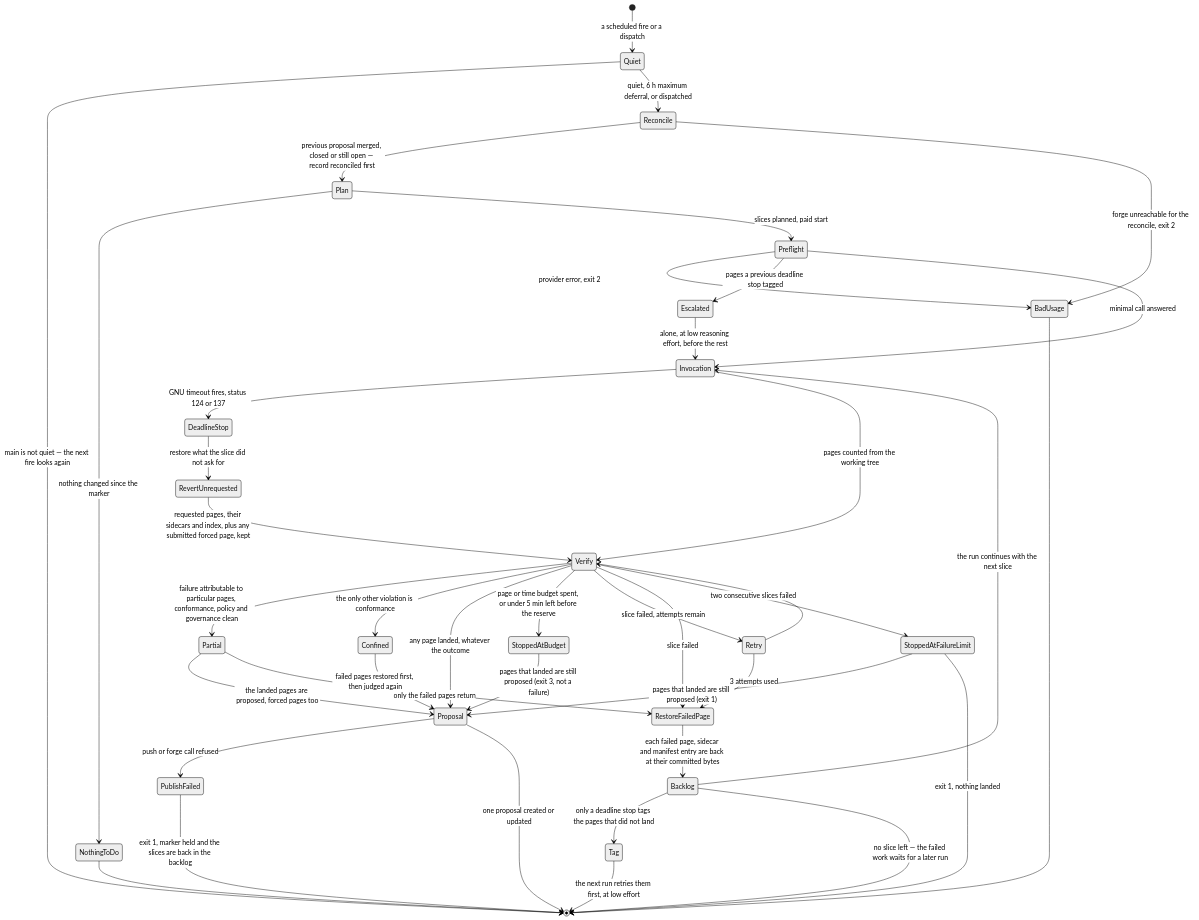
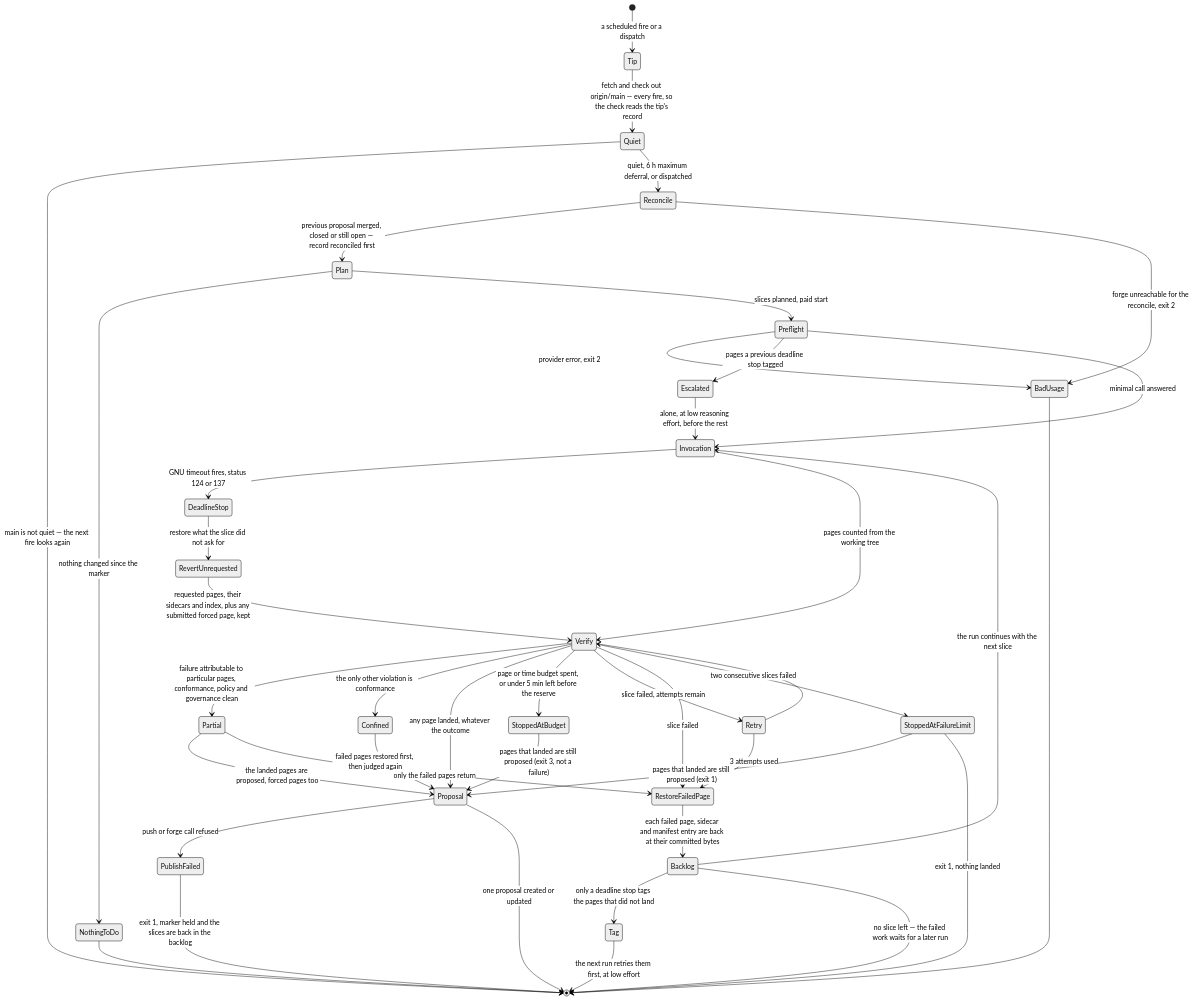
One commit to jumbleknot/MovieCollectionManager changed the first of 3 diagrams in openwiki/runbooks/wiki-maintenance.md. Above: the diagram before and after it, drawn with Mermaid (neutral theme). The commit also changed other lines of this file and 11 other files, not shown here.

````diff
--- a/openwiki/runbooks/wiki-maintenance.md
+++ b/openwiki/runbooks/wiki-maintenance.md
@@ -151,43 +152,44 @@
 ```mermaid
 stateDiagram-v2
-    [*] --> Quiet: a scheduled fire or a dispatch
+    [*] --> Tip: a scheduled fire or a dispatch
+    Tip --> Quiet: fetch and check out origin/main — every fire, so the check reads the tip's record
     Quiet --> [*]: main is not quiet — the next fire looks again
     Quiet --> Reconcile: quiet, 6 h maximum deferral, or dispatched
     Reconcile --> Plan: previous proposal merged, closed or still open — record reconciled first
     Reconcile --> BadUsage: forge unreachable for the reconcile, exit 2
     Plan --> NothingToDo: nothing changed since the marker
     Plan --> Preflight: slices planned, paid start
     Preflight --> BadUsage: provider error, exit 2
     Preflight --> Escalated: pages a previous deadline stop tagged
     Escalated --> Invocation: alone, at low reasoning effort, before the rest
     Preflight --> Invocation: minimal call answered
     Invocation --> DeadlineStop: GNU timeout fires, status 124 or 137
     DeadlineStop --> RevertUnrequested: restore what the slice did not ask for
     RevertUnrequested --> Verify: requested pages, their sidecars and index, plus any submitted forced page, kept
     Invocation --> Verify: pages counted from the working tree
     Verify --> Partial: failure attributable to particular pages, conformance, policy and governance clean
     Partial --> Proposal: the landed pages are proposed, forced pages too
     Partial --> RestoreFailedPage: only the failed pages return
     Verify --> Confined: the only other violation is conformance
     Confined --> Proposal: failed pages restored first, then judged again
     Verify --> Proposal: any page landed, whatever the outcome
     Verify --> StoppedAtBudget: page or time budget spent, or under 5 min left before the reserve
     StoppedAtBudget --> Proposal: pages that landed are still proposed (exit 3, not a failure)
     Verify --> Retry: slice failed, attempts remain
     Retry --> Verify
     Retry --> RestoreFailedPage: 3 attempts used
     Verify --> RestoreFailedPage: slice failed
     RestoreFailedPage --> Backlog: each failed page, sidecar and manifest entry are back at their committed bytes
     Backlog --> Tag: only a deadline stop tags the pages that did not land
     Tag --> [*]: the next run retries them first, at low effort
     Verify --> StoppedAtFailureLimit: two consecutive slices failed
     StoppedAtFailureLimit --> Proposal: pages that landed are still proposed (exit 1)
     StoppedAtFailureLimit --> [*]: exit 1, nothing landed
     Backlog --> Invocation: the run continues with the next slice
     Backlog --> [*]: no slice left — the failed work waits for a later run
     Proposal --> PublishFailed: push or forge call refused
     PublishFailed --> [*]: exit 1, marker held and the slices are back in the backlog
     Proposal --> [*]: one proposal created or updated
     NothingToDo --> [*]
     BadUsage --> [*]
 ```
````
